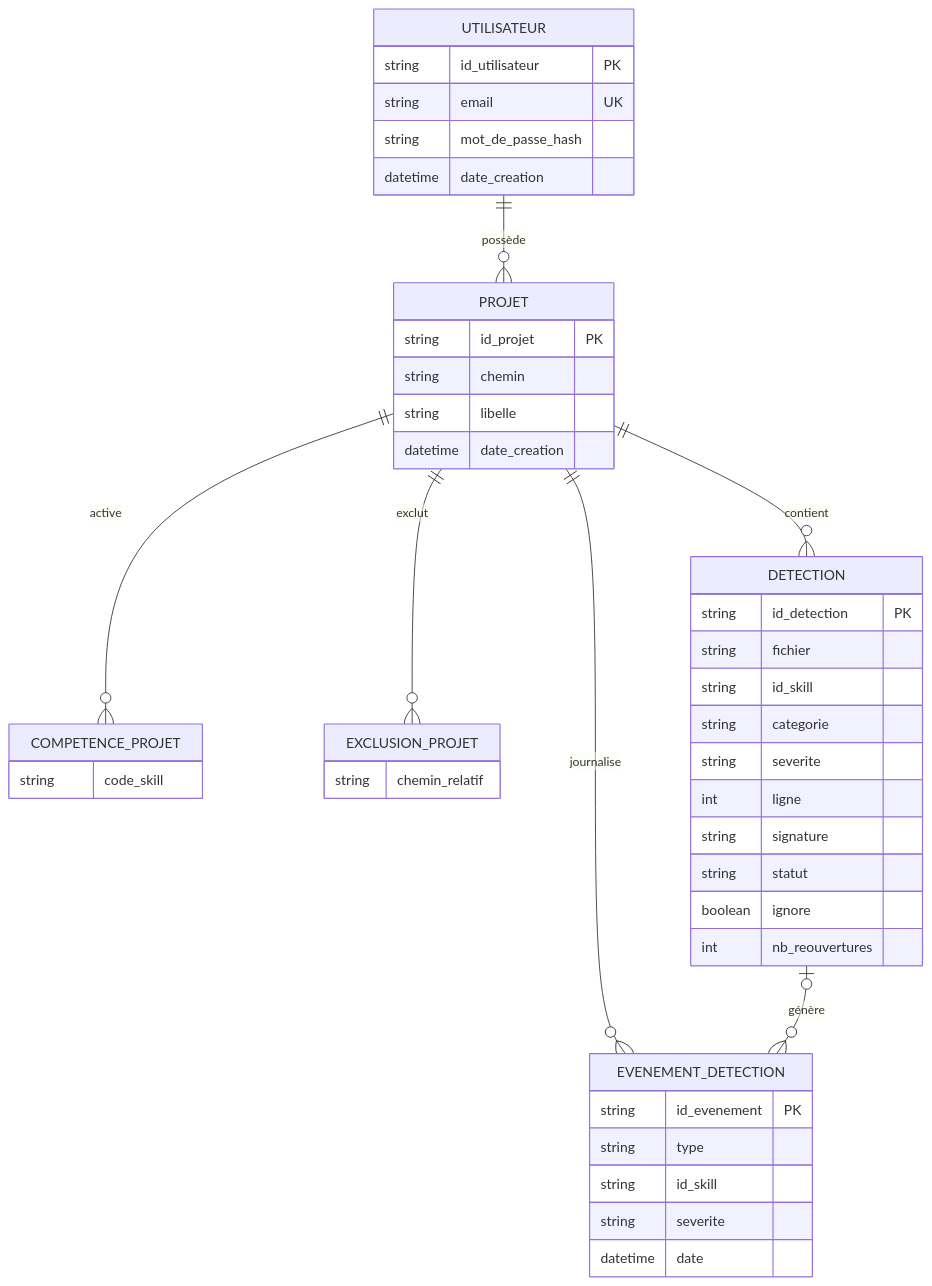
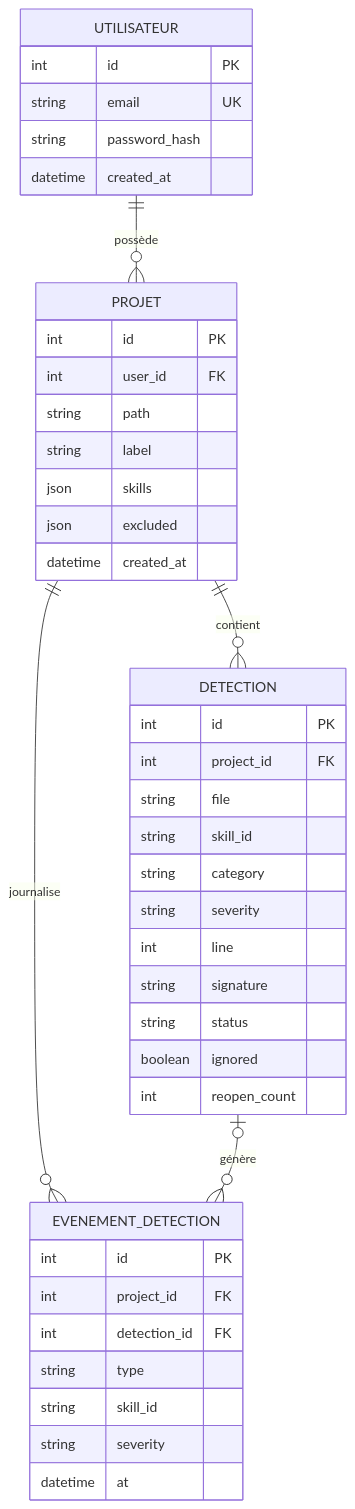
Before and after one commit to BYecir02/redline: the diagram in soutenance/J3-Modelisation-base-de-donnees.md, drawn with Mermaid. The commit also changed other lines of this file, not shown here.

````diff
--- a/soutenance/J3-Modelisation-base-de-donnees.md
+++ b/soutenance/J3-Modelisation-base-de-donnees.md
@@ -141,47 +136,45 @@
 ```mermaid
 erDiagram
     UTILISATEUR ||--o{ PROJET : "possède"
-    PROJET ||--o{ COMPETENCE_PROJET : "active"
-    PROJET ||--o{ EXCLUSION_PROJET : "exclut"
     PROJET ||--o{ DETECTION : "contient"
     PROJET ||--o{ EVENEMENT_DETECTION : "journalise"
     DETECTION |o--o{ EVENEMENT_DETECTION : "génère"
 
     UTILISATEUR {
-        string id_utilisateur PK
+        int id PK
         string email UK
-        string mot_de_passe_hash
-        datetime date_creation
+        string password_hash
+        datetime created_at
     }
     PROJET {
-        string id_projet PK
-        string chemin
-        string libelle
-        datetime date_creation
-    }
-    COMPETENCE_PROJET {
-        string code_skill
-    }
-    EXCLUSION_PROJET {
-        string chemin_relatif
+        int id PK
+        int user_id FK
+        string path
+        string label
+        json skills
+        json excluded
+        datetime created_at
     }
     DETECTION {
-        string id_detection PK
-        string fichier
-        string id_skill
-        string categorie
-        string severite
-        int ligne
+        int id PK
+        int project_id FK
+        string file
+        string skill_id
+        string category
+        string severity
+        int line
         string signature
-        string statut
-        boolean ignore
-        int nb_reouvertures
+        string status
+        boolean ignored
+        int reopen_count
     }
     EVENEMENT_DETECTION {
-        string id_evenement PK
+        int id PK
+        int project_id FK
+        int detection_id FK
         string type
-        string id_skill
-        string severite
-        datetime date
+        string skill_id
+        string severity
+        datetime at
     }
 ```
````
